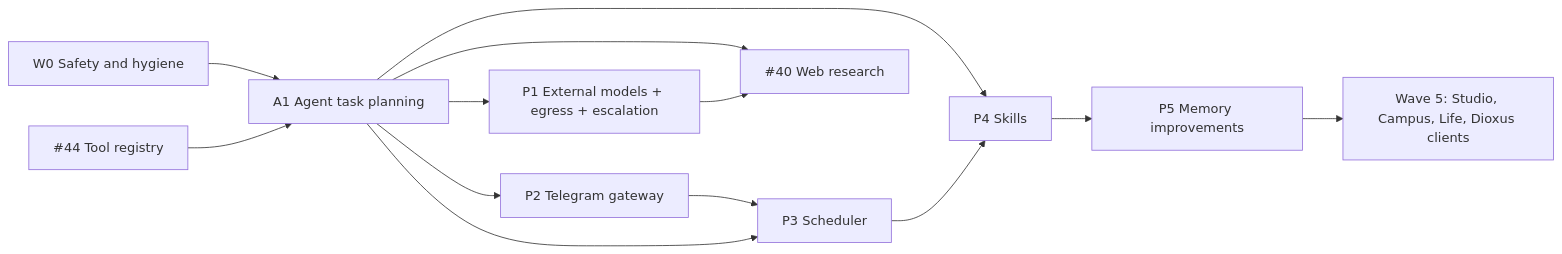
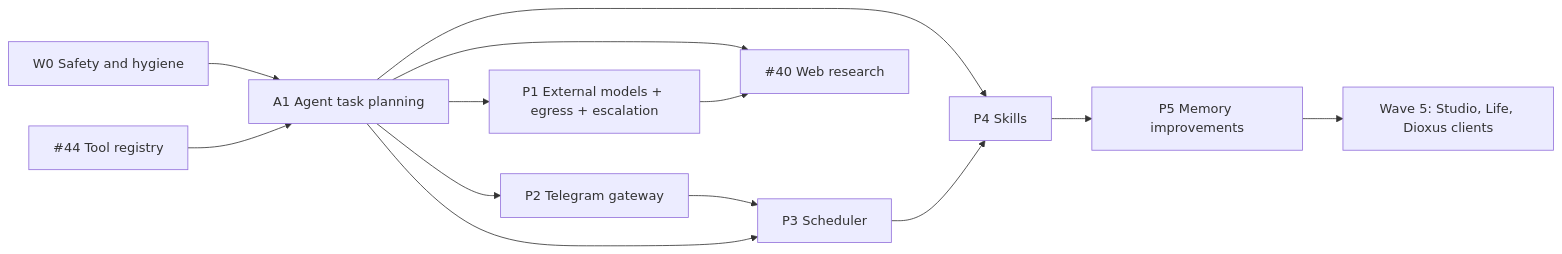
The diagram in docs/SAIL_ENGINEERING_ROADMAP.md (PedroVictorCoding/SAIL), drawn with Mermaid before and after one commit. The commit also changed other lines of this file and 6 other files, not shown here.

````diff
--- a/docs/SAIL_ENGINEERING_ROADMAP.md
+++ b/docs/SAIL_ENGINEERING_ROADMAP.md
@@ -33,16 +33,16 @@
 ```mermaid
 flowchart LR
   W0[W0 Safety and hygiene] --> A1
   R[#44 Tool registry] --> A1[A1 Agent task planning]
   A1 --> P1[P1 External models + egress + escalation]
   A1 --> P2[P2 Telegram gateway]
   P2 --> P3[P3 Scheduler]
   A1 --> P3
   A1 --> P4[P4 Skills]
   P3 --> P4
   P4 --> P5[P5 Memory improvements]
   A1 --> RES[#40 Web research]
   P1 --> RES
-  W5[Wave 5: Studio, Campus, Life, Dioxus clients]
+  W5[Wave 5: Studio, Life, Dioxus clients]
   P5 --> W5
 ```
````
